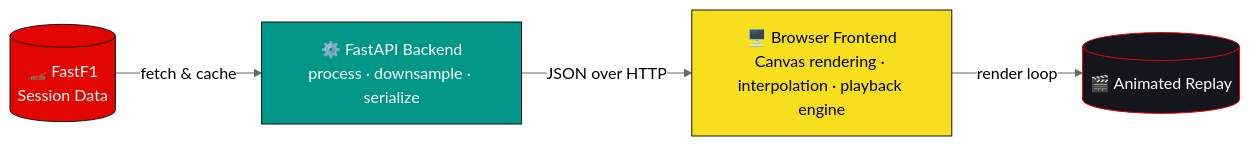
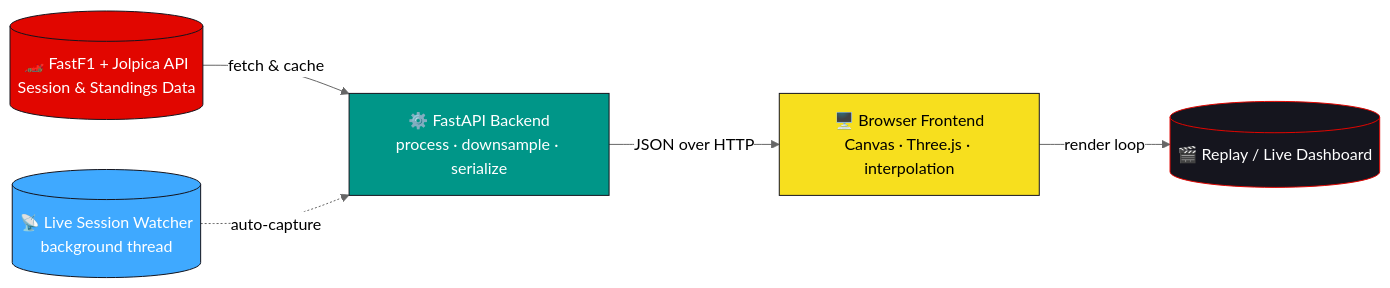
Before and after one commit to DevGopi-16/f1-race-replay: the diagram in README.md, drawn with Mermaid (neutral theme). The commit also changed other lines of this file and 10 other files, not shown here.

````diff
--- a/README.md
+++ b/README.md
@@ -104,11 +108,13 @@
 ```mermaid
 flowchart LR
-    A[("🏎️ FastF1<br/>Session Data")] -->|fetch & cache| B["⚙️ FastAPI Backend<br/>process · downsample · serialize"]
-    B -->|JSON over HTTP| C["🖥️ Browser Frontend<br/>Canvas rendering · interpolation · playback engine"]
-    C -->|render loop| D[("🎬 Animated Replay")]
+    A[("🏎️ FastF1 + Jolpica API<br/>Session & Standings Data")] -->|fetch & cache| B["⚙️ FastAPI Backend<br/>process · downsample · serialize"]
+    B -->|JSON over HTTP| C["🖥️ Browser Frontend<br/>Canvas · Three.js · interpolation"]
+    L[("📡 Live Session Watcher<br/>background thread")] -.->|auto-capture| B
+    C -->|render loop| D[("🎬 Replay / Live Dashboard")]
 
     style A fill:#E10600,stroke:#15151E,color:#fff
     style B fill:#009688,stroke:#15151E,color:#fff
     style C fill:#F7DF1E,stroke:#15151E,color:#000
     style D fill:#15151E,stroke:#E10600,color:#fff
+    style L fill:#3fa9ff,stroke:#15151E,color:#fff
 ```
````
